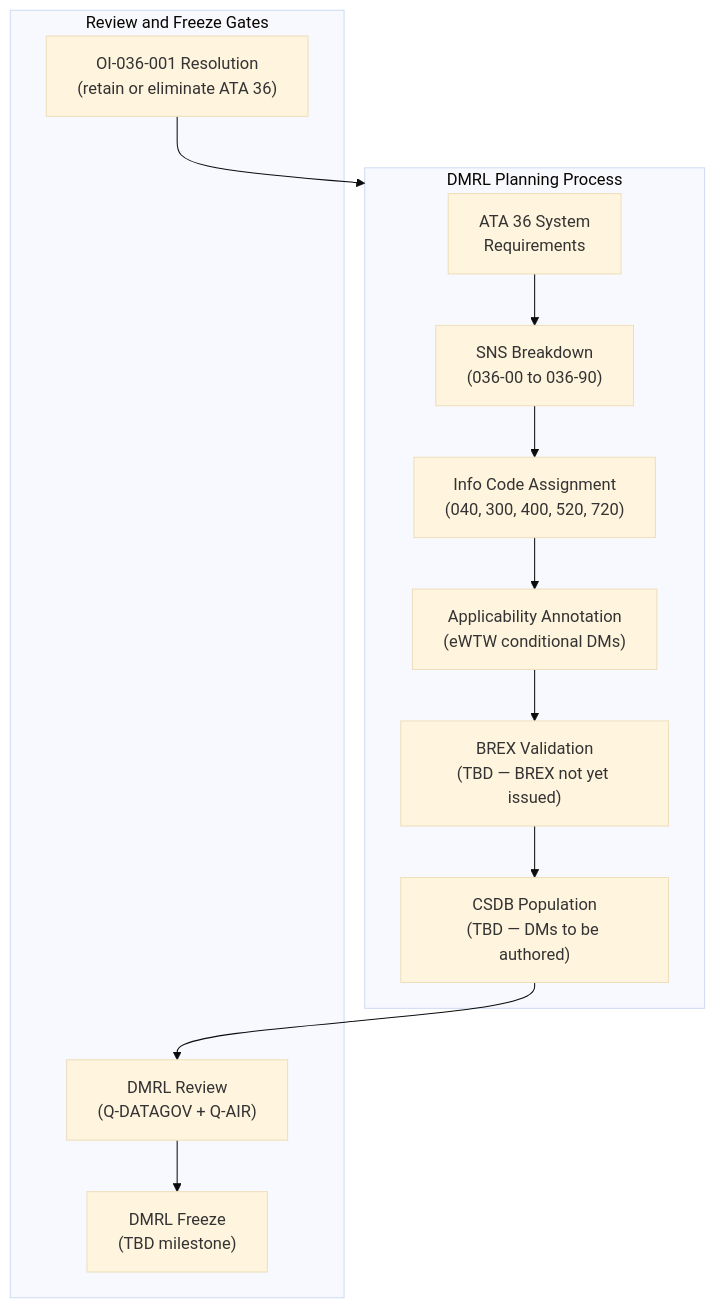
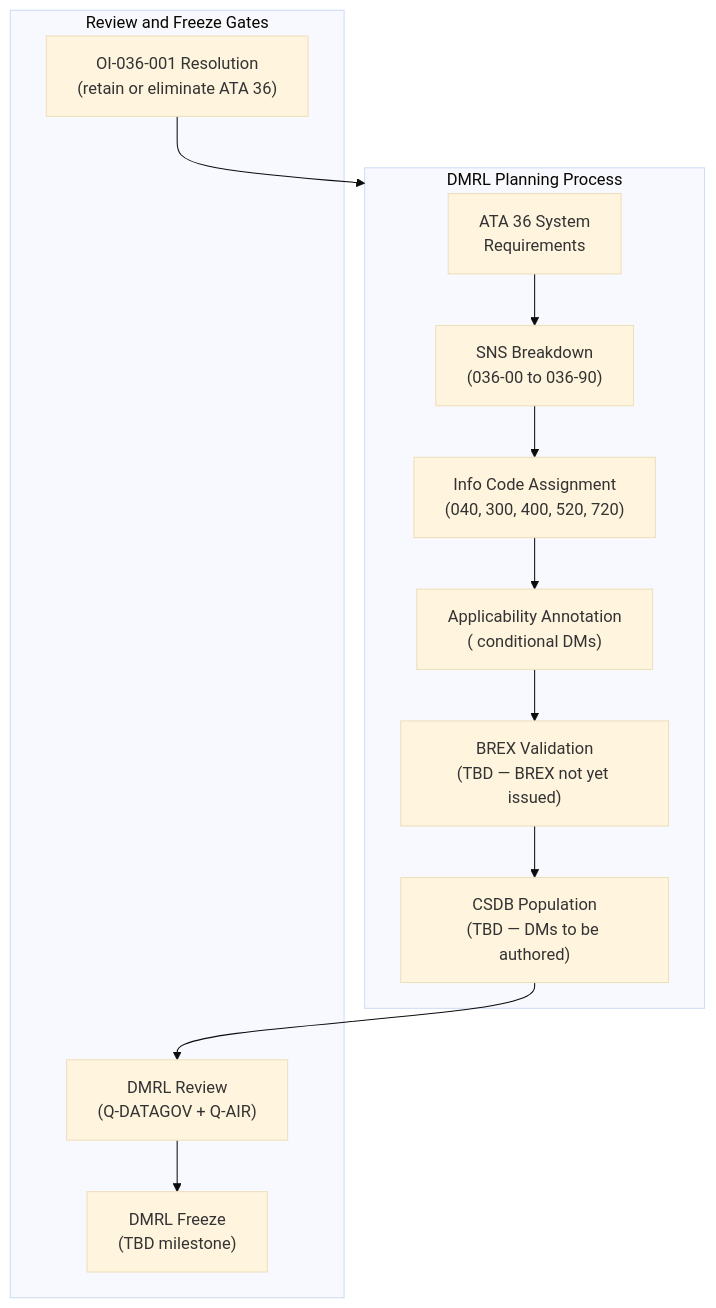
Before and after one commit to AmedeoPelliccia/Qplus-For-All-Queer-People-and-Quantum: the second of 3 diagrams in Q+ATLANTIDE/000-099_ATLAS/030-039_Proteccion-y-Sistemas-Mecanicos/036_Pneumatic/036-090-S1000D-CSDB-Mapping-and-Traceability.md, drawn with Mermaid (base theme). The commit also changed other lines of this file and 51 other files, not shown here.

````diff
--- a/Q+ATLANTIDE/000-099_ATLAS/030-039_Proteccion-y-Sistemas-Mecanicos/036_Pneumatic/036-090-S1000D-CSDB-Mapping-and-Traceability.md
+++ b/Q+ATLANTIDE/000-099_ATLAS/030-039_Proteccion-y-Sistemas-Mecanicos/036_Pneumatic/036-090-S1000D-CSDB-Mapping-and-Traceability.md
@@ -349,20 +350,20 @@
 ```mermaid
 flowchart TB
     subgraph DMRL_PLANNING["DMRL Planning Process"]
         REQ["ATA 36 System\nRequirements"] --> SNS_ALLOC
         SNS_ALLOC["SNS Breakdown\n(036-00 to 036-90)"] --> DM_TYPE_ASSIGN
         DM_TYPE_ASSIGN["Info Code Assignment\n(040, 300, 400, 520, 720)"] --> APPLICABILITY
-        APPLICABILITY["Applicability Annotation\n(eWTW conditional DMs)"] --> BREX_CHECK
+        APPLICABILITY["Applicability Annotation\n(<PROGRAMME-SHORT> conditional DMs)"] --> BREX_CHECK
         BREX_CHECK["BREX Validation\n(TBD — BREX not yet issued)"] --> CSDB_ENTRY
         CSDB_ENTRY["CSDB Population\n(TBD — DMs to be authored)"]
     end
     subgraph REVIEW["Review and Freeze Gates"]
         DMRL_REVIEW["DMRL Review\n(Q-DATAGOV + Q-AIR)"]
         FREEZE["DMRL Freeze\n(TBD milestone)"]
         OI_RESOLUTION["OI-036-001 Resolution\n(retain or eliminate ATA 36)"]
     end
 
     CSDB_ENTRY --> DMRL_REVIEW
     DMRL_REVIEW --> FREEZE
     OI_RESOLUTION --> DMRL_PLANNING
 ```
````
